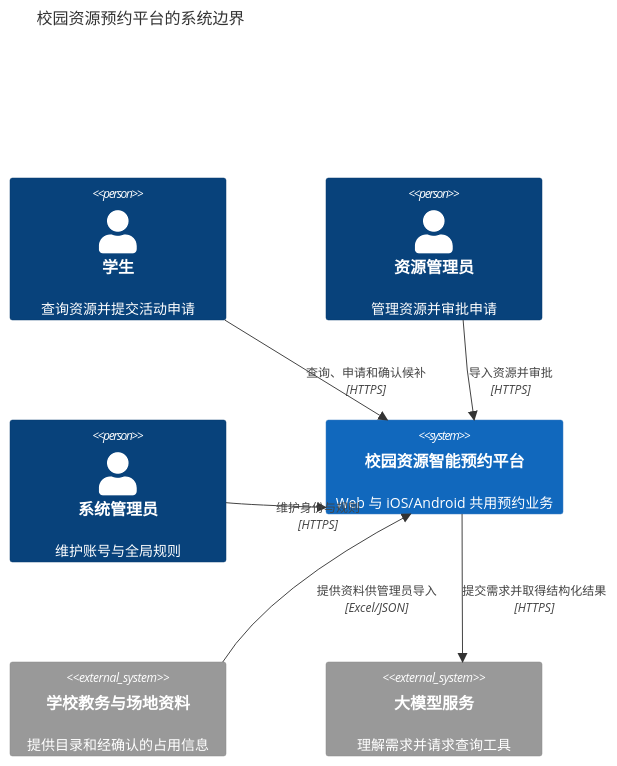
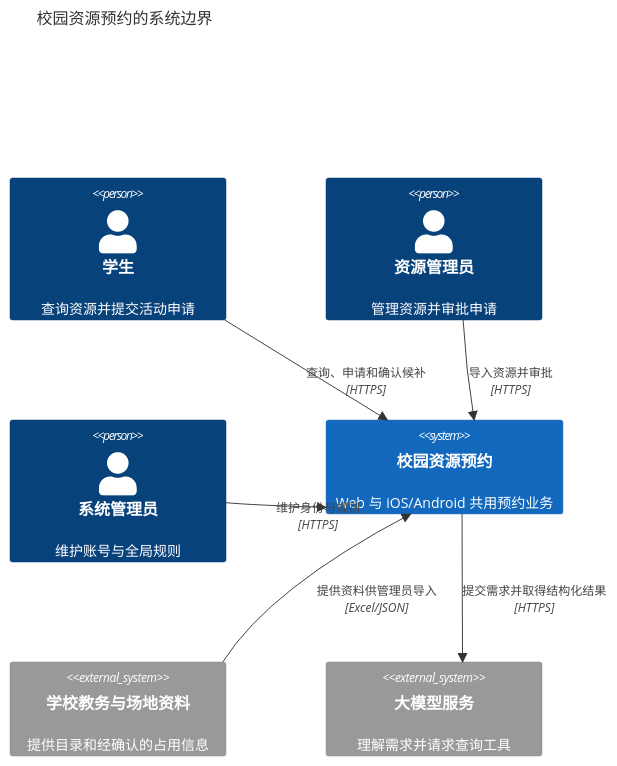
The diagram in 开发文档/docs/architecture/c4-context.md (shenyuqiang0506/XMUT-GraduationProject), drawn with Mermaid before and after one commit. The commit also changed other lines of this file and 8 other files, not shown here.

````diff
--- a/开发文档/docs/architecture/c4-context.md
+++ b/开发文档/docs/architecture/c4-context.md
@@ -3,15 +3,15 @@
 ```mermaid
 C4Context
-  title 校园资源预约平台的系统边界
+  title 校园资源预约的系统边界
   Person(student, "学生", "查询资源并提交活动申请")
   Person(manager, "资源管理员", "管理资源并审批申请")
   Person(admin, "系统管理员", "维护账号与全局规则")
-  System(platform, "校园资源智能预约平台", "Web 与 iOS/Android 共用预约业务")
+  System(platform, "校园资源预约", "Web 与 iOS/Android 共用预约业务")
   System_Ext(schoolData, "学校教务与场地资料", "提供目录和经确认的占用信息")
   System_Ext(modelApi, "大模型服务", "理解需求并请求查询工具")
   Rel(student, platform, "查询、申请和确认候补", "HTTPS")
   Rel(manager, platform, "导入资源并审批", "HTTPS")
   Rel(admin, platform, "维护身份与规则", "HTTPS")
   Rel(schoolData, platform, "提供资料供管理员导入", "Excel/JSON")
   Rel(platform, modelApi, "提交需求并取得结构化结果", "HTTPS")
 ```
````
